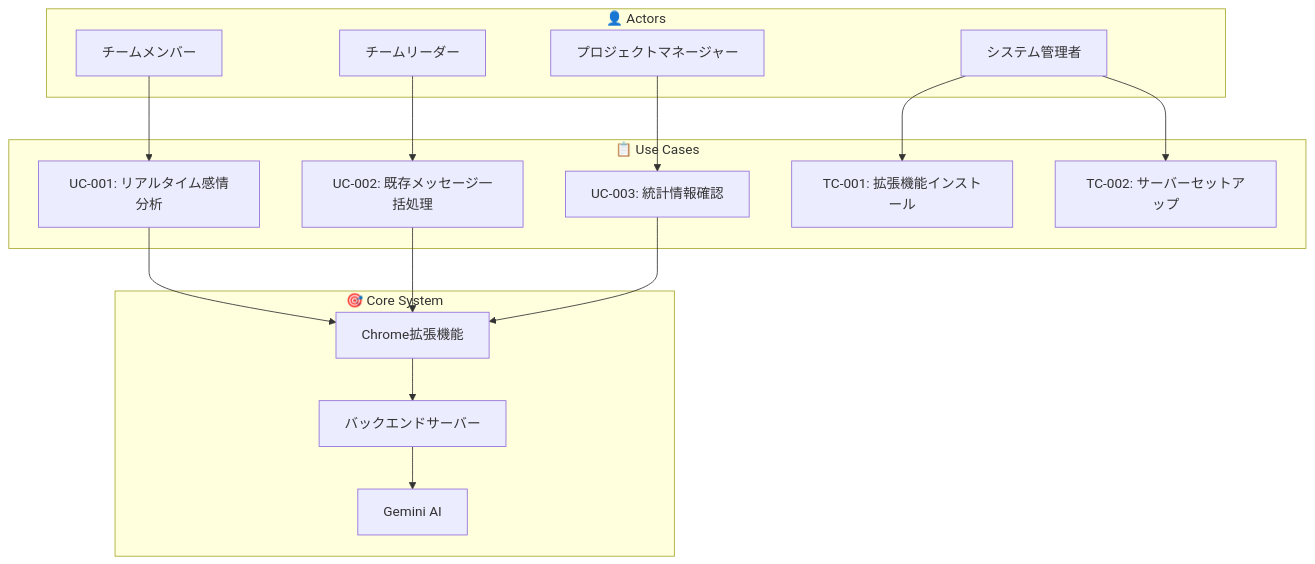
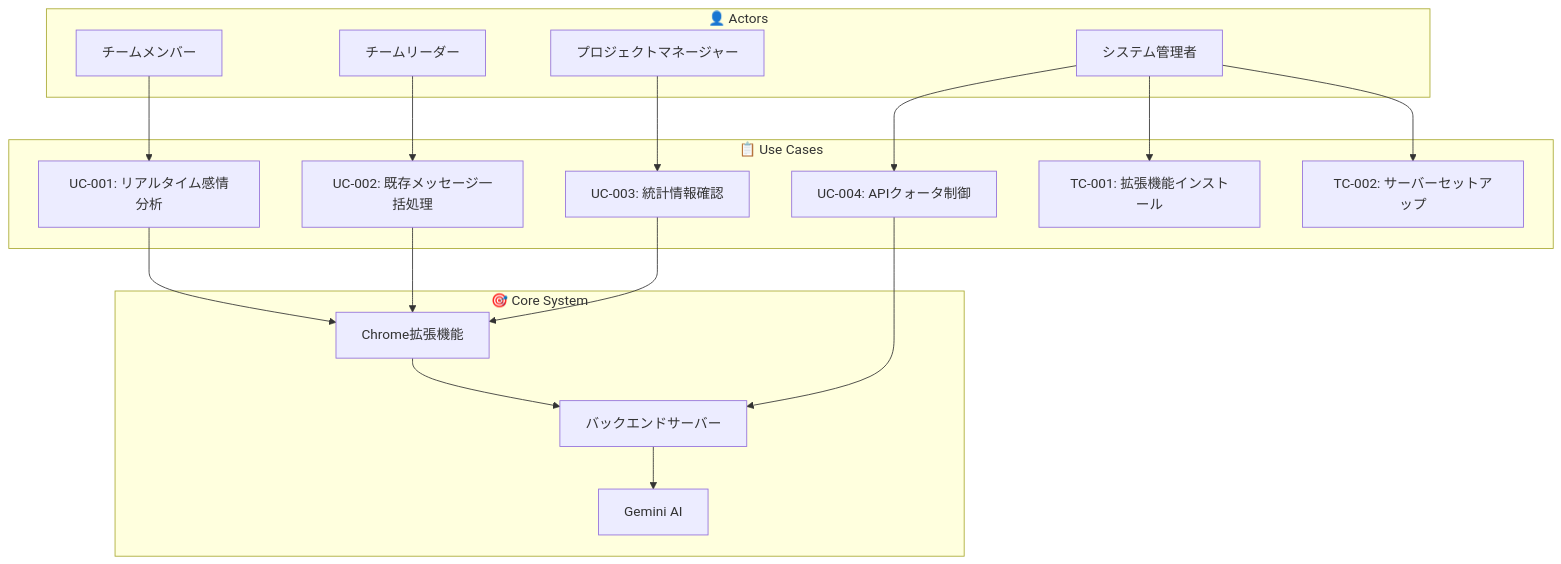
Before and after one commit to dyamada-jaki/chat-analyzer: the first of 7 diagrams in docs/docs/USECASE_DIAGRAMS.md, drawn with Mermaid. The commit also changed other lines of this file and 8 other files, not shown here.

````diff
--- a/docs/docs/USECASE_DIAGRAMS.md
+++ b/docs/docs/USECASE_DIAGRAMS.md
@@ -5,35 +5,38 @@
 ```mermaid
 graph TB
     subgraph "👤 Actors"
         TM[チームメンバー]
         TL[チームリーダー]
         PM[プロジェクトマネージャー]
         SA[システム管理者]
     end
     
     subgraph "🎯 Core System"
         CE[Chrome拡張機能]
         BE[バックエンドサーバー]
         AI[Gemini AI]
     end
     
     subgraph "📋 Use Cases"
         UC1[UC-001: リアルタイム感情分析]
         UC2[UC-002: 既存メッセージ一括処理]
         UC3[UC-003: 統計情報確認]
+        UC4[UC-004: APIクォータ制御]
         TC1[TC-001: 拡張機能インストール]
         TC2[TC-002: サーバーセットアップ]
     end
     
     TM --> UC1
     TL --> UC2
     PM --> UC3
+    SA --> UC4
     SA --> TC1
     SA --> TC2
     
     UC1 --> CE
     UC2 --> CE
     UC3 --> CE
+    UC4 --> BE
     CE --> BE
     BE --> AI
 ```
````
